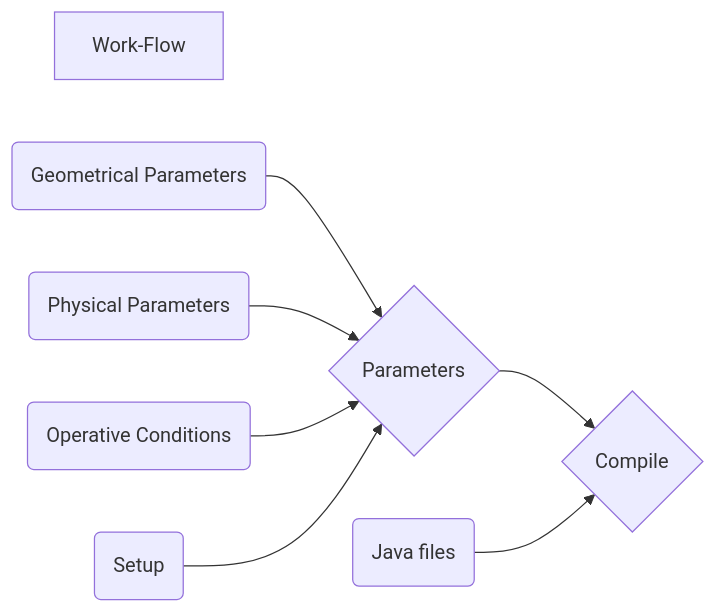
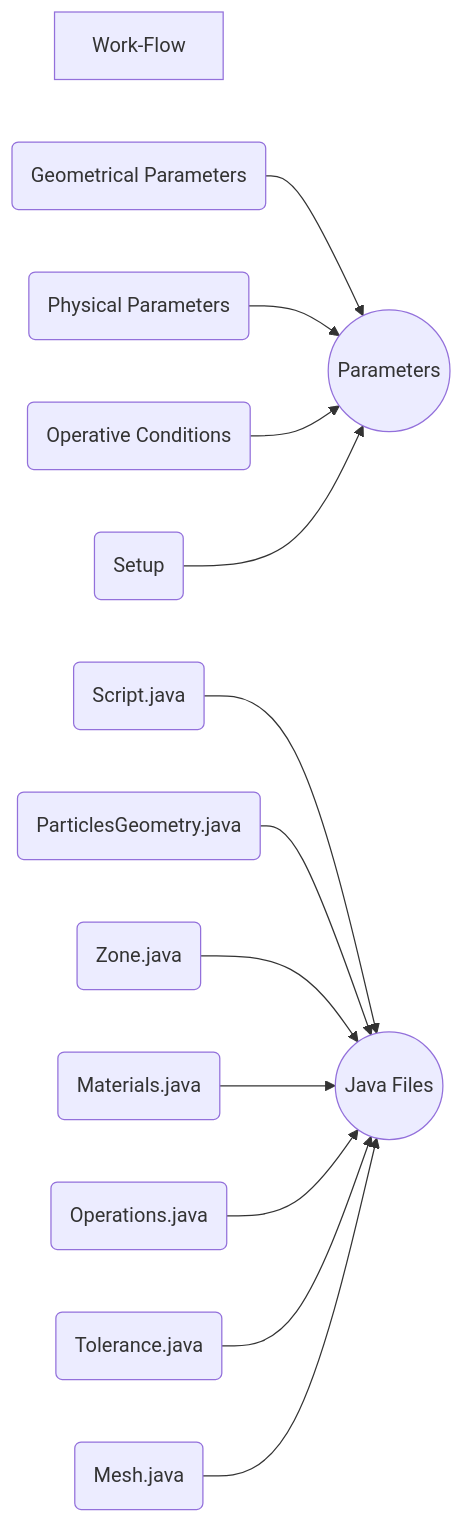
Before and after one commit to mulmopro/battery_porescale: the diagram in README.md, drawn with Mermaid.

````diff
--- a/README.md
+++ b/README.md
@@ -7,9 +7,15 @@
 ```mermaid
 graph LR
 TOP[Work-Flow]
-  IN1(Geometrical Parameters)-->PACK1{Parameters}
-  IN2(Physical Parameters)-->PACK1
-  IN3(Operative Conditions)-->PACK1
-  IN4(Setup)-->PACK1-->BLOCK1{Compile}
-  IN5(Java files)-->BLOCK1
+  IN1(Geometrical Parameters)-->O1((Parameters))
+  IN2(Physical Parameters)-->O1
+  IN3(Operative Conditions)-->O1
+  IN4(Setup)-->O1
+  IN5(Script.java)-->O2((Java Files))
+  IN6(ParticlesGeometry.java)-->O2
+  IN7(Zone.java)-->O2
+  IN8(Materials.java)-->O2
+  IN9(Operations.java)-->O2
+  IN10(Tolerance.java)-->O2
+  IN11(Mesh.java)-->O2
 ```
````
